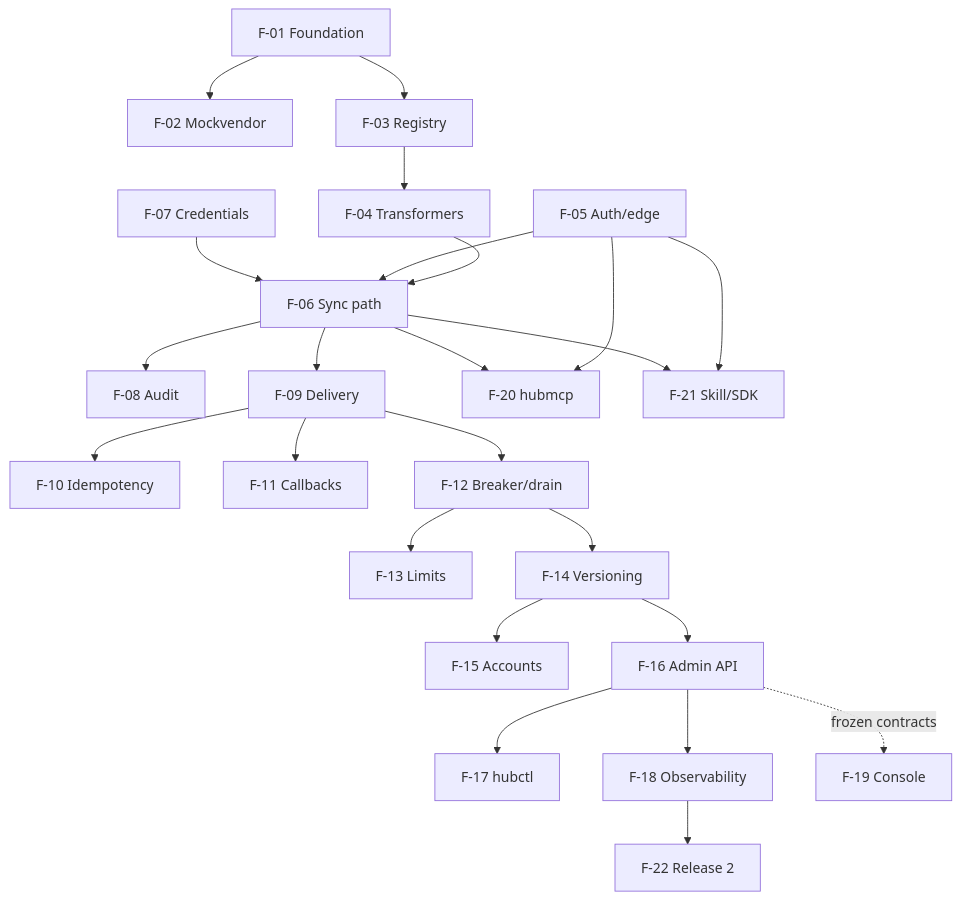
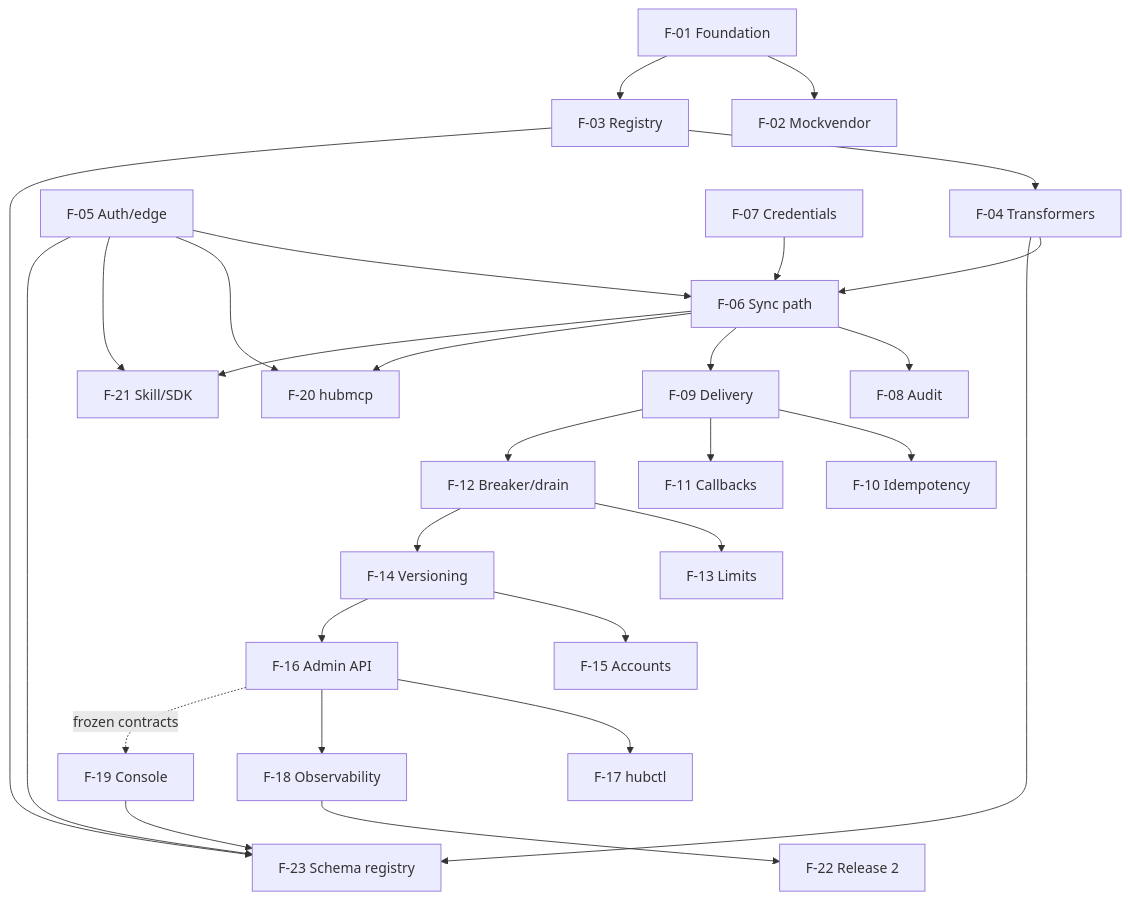
One commit to Donquixot-Doflamingo/integration-hub changed the diagram in docs/features/README.md. Above: the diagram before and after it, drawn with Mermaid. The commit also changed other lines of this file and 5 other files, not shown here.

First line of the commit message:
docs(product): Add F-23, US-2301 to US-2313 and PRD DV-7 for the schema registry (HUB-437)

````diff
--- a/docs/features/README.md
+++ b/docs/features/README.md
@@ -36,17 +37,18 @@
 ```mermaid
 flowchart TD
   F01[F-01 Foundation] --> F02[F-02 Mockvendor] & F03[F-03 Registry]
   F03 --> F04[F-04 Transformers]
   F04 --> F06[F-06 Sync path]
   F05[F-05 Auth/edge] --> F06
   F07[F-07 Credentials] --> F06
   F06 --> F08[F-08 Audit]
   F06 --> F09[F-09 Delivery] --> F10[F-10 Idempotency] & F11[F-11 Callbacks]
   F09 --> F12[F-12 Breaker/drain] --> F13[F-13 Limits]
   F12 --> F14[F-14 Versioning] --> F15[F-15 Accounts]
   F14 --> F16[F-16 Admin API] --> F17[F-17 hubctl]
   F16 --> F18[F-18 Observability]
   F16 -. frozen contracts .-> F19[F-19 Console]
   F05 & F06 --> F20[F-20 hubmcp] & F21[F-21 Skill/SDK]
   F18 --> F22[F-22 Release 2]
+  F03 & F04 & F05 & F19 --> F23[F-23 Schema registry]
 ```
````
